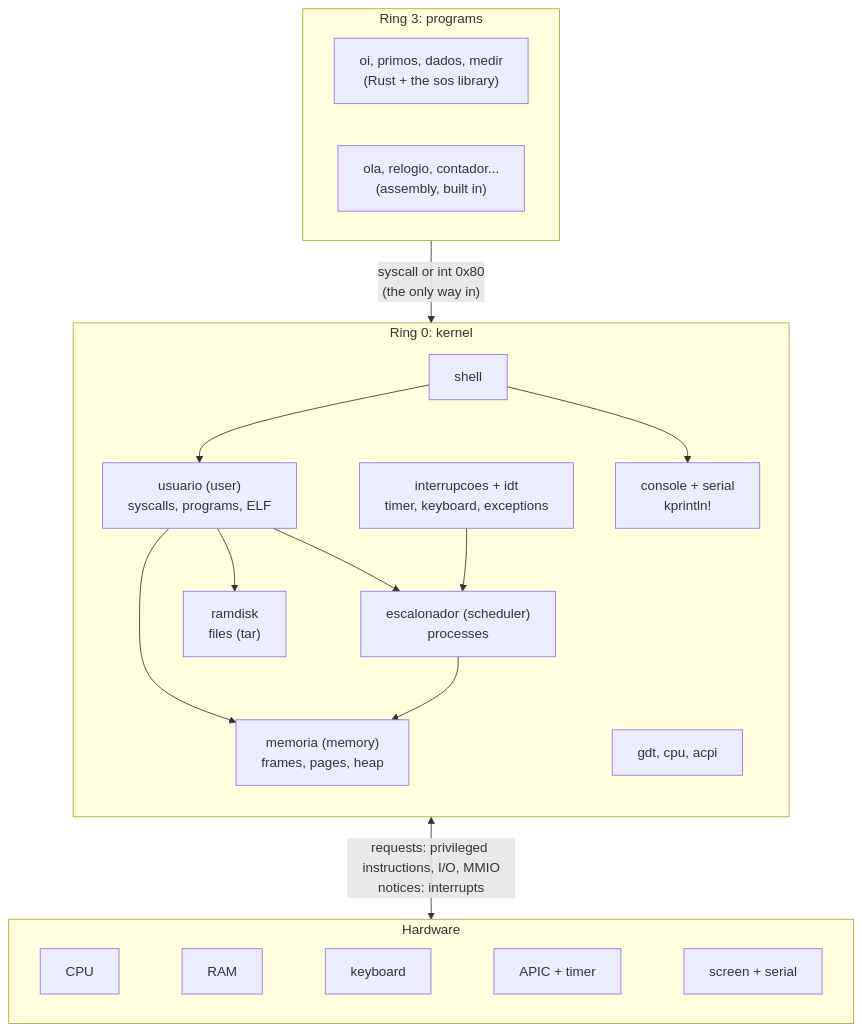
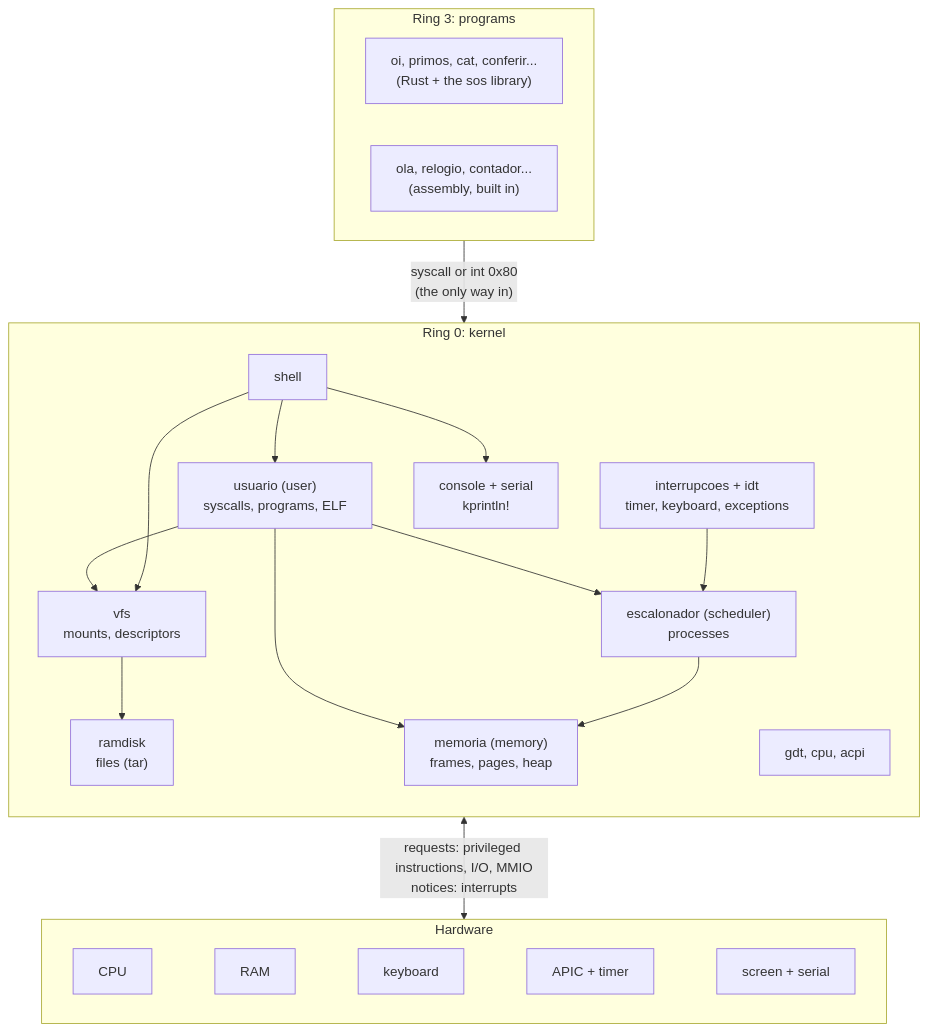
The first of 9 diagrams in docs-en/mapa.md (moises-dev-git/siliconOS), drawn with Mermaid before and after one commit. The commit also changed other lines of this file and 30 other files, not shown here.

````diff
--- a/docs-en/mapa.md
+++ b/docs-en/mapa.md
@@ -39,28 +39,30 @@
 ```mermaid
 flowchart TB
     subgraph U["Ring 3: programs"]
         direction LR
-        P1["oi, primos, dados, medir<br/>(Rust + the sos library)"]
+        P1["oi, primos, cat, conferir...<br/>(Rust + the sos library)"]
         P2["ola, relogio, contador...<br/>(assembly, built in)"]
     end
 
     subgraph K["Ring 0: kernel"]
         direction TB
         SH["shell"] --> US["usuario (user)<br/>syscalls, programs, ELF"]
         US --> ESC["escalonador (scheduler)<br/>processes"]
-        US --> RD["ramdisk<br/>files (tar)"]
+        US --> VFS["vfs<br/>mounts, descriptors"]
+        SH --> VFS
+        VFS --> RD["ramdisk<br/>files (tar)"]
         US --> MEM["memoria (memory)<br/>frames, pages, heap"]
         ESC --> MEM
         INT["interrupcoes + idt<br/>timer, keyboard, exceptions"] --> ESC
         SH --> SAI["console + serial<br/>kprintln!"]
         CPU["gdt, cpu, acpi"]
     end
 
     subgraph H["Hardware"]
         direction LR
         HC["CPU"] ~~~ HM["RAM"] ~~~ HT["keyboard"] ~~~ HA["APIC + timer"] ~~~ HV["screen + serial"]
     end
 
     U -- "syscall or int 0x80<br/>(the only way in)" --> K
     K <-- "requests: privileged instructions, I/O, MMIO<br/>notices: interrupts" --> H
 ```
````
